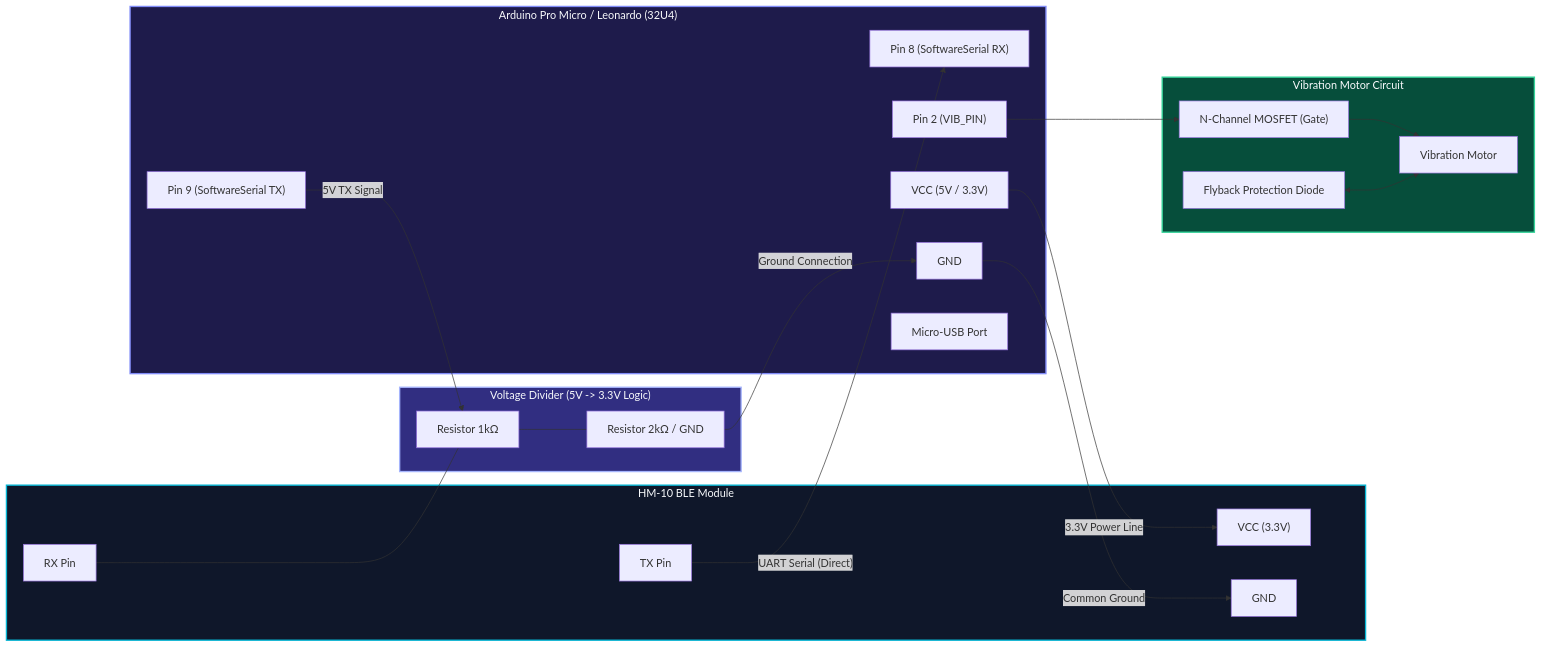
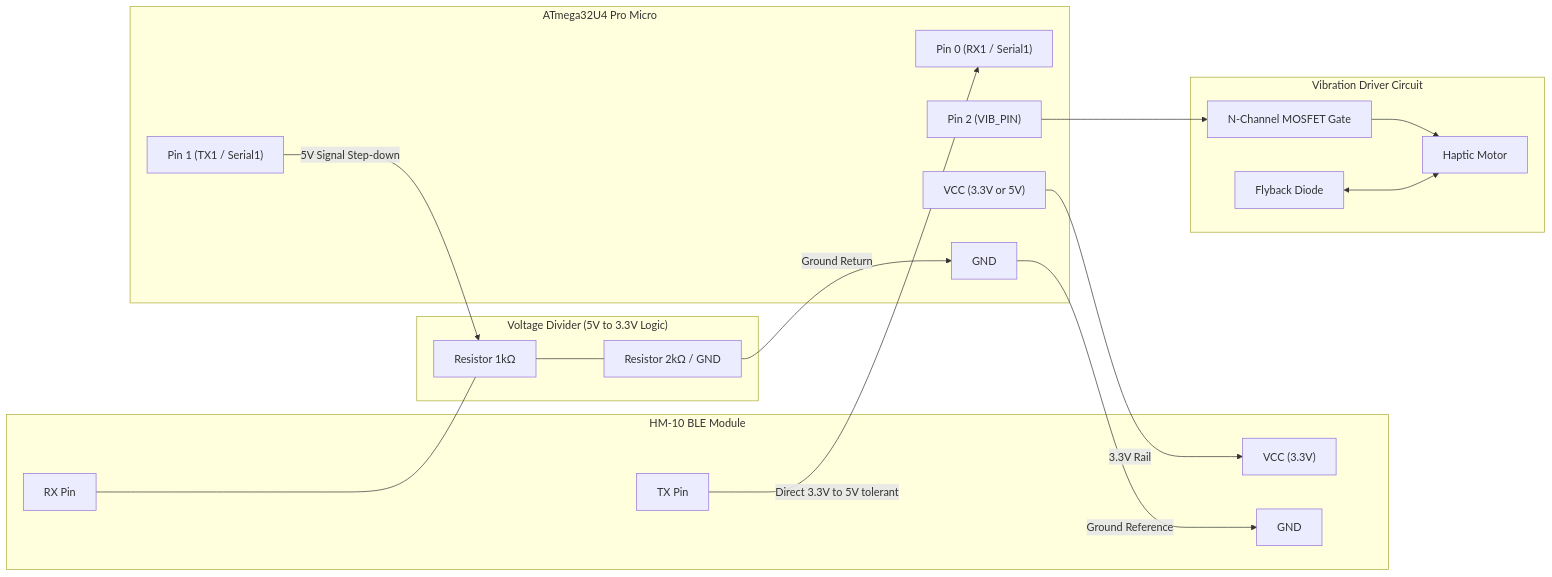
Before and after one commit to AtaCanYmc/RubberOtter: the second of 2 diagrams in firmware/README.md, drawn with Mermaid. The commit also changed other lines of this file and 10 other files, not shown here.

````diff
--- a/firmware/README.md
+++ b/firmware/README.md
@@ -93,45 +74,39 @@
 ```mermaid
-graph LR
+flowchart LR
     subgraph HM10["HM-10 BLE Module"]
         HM_TX["TX Pin"]
         HM_RX["RX Pin"]
         HM_VCC["VCC (3.3V)"]
         HM_GND["GND"]
     end
 
-    subgraph Divider["Voltage Divider (5V -> 3.3V Logic)"]
+    subgraph Divider["Voltage Divider (5V to 3.3V Logic)"]
         R1["Resistor 1kΩ"]
         R2["Resistor 2kΩ / GND"]
         HM_RX <--- R1
         R1 <--- R2
     end
 
-    subgraph Micro["Arduino Pro Micro / Leonardo (32U4)"]
-        ARD_RX["Pin 8 (SoftwareSerial RX)"]
-        ARD_TX["Pin 9 (SoftwareSerial TX)"]
-        ARD_VCC["VCC (5V / 3.3V)"]
+    subgraph Micro["ATmega32U4 Pro Micro"]
+        ARD_RX["Pin 0 (RX1 / Serial1)"]
+        ARD_TX["Pin 1 (TX1 / Serial1)"]
+        ARD_VCC["VCC (3.3V or 5V)"]
         ARD_GND["GND"]
         ARD_VIB["Pin 2 (VIB_PIN)"]
-        ARD_USB["Micro-USB Port"]
     end
 
-    subgraph Motor["Vibration Motor Circuit"]
-        MOSFET["N-Channel MOSFET (Gate)"]
-        DIODE["Flyback Protection Diode"]
-        VIB_MOTOR["Vibration Motor"]
+    subgraph Motor["Vibration Driver Circuit"]
+        MOSFET["N-Channel MOSFET Gate"]
+        DIODE["Flyback Diode"]
+        VIB_MOTOR["Haptic Motor"]
         ARD_VIB --> MOSFET
         MOSFET --> VIB_MOTOR
         DIODE <--> VIB_MOTOR
     end
 
-    HM_TX -->|"UART Serial (Direct)"| ARD_RX
-    ARD_TX -->|"5V TX Signal"| R1
-    ARD_VCC -->|"3.3V Power Line"| HM_VCC
-    ARD_GND -->|"Common Ground"| HM_GND
-    R2 -->|"Ground Connection"| ARD_GND
-
-    style HM10 fill:#0f172a,stroke:#06b6d4,stroke-width:2px,color:#f8fafc
-    style Divider fill:#312e81,stroke:#a5b4fc,stroke-width:2px,color:#f8fafc
-    style Micro fill:#1e1b4b,stroke:#818cf8,stroke-width:2px,color:#f8fafc
-    style Motor fill:#064e3b,stroke:#34d399,stroke-width:2px,color:#f8fafc
+    HM_TX -->|"Direct 3.3V to 5V tolerant"| ARD_RX
+    ARD_TX -->|"5V Signal Step-down"| R1
+    ARD_VCC -->|"3.3V Rail"| HM_VCC
+    ARD_GND -->|"Ground Reference"| HM_GND
+    R2 -->|"Ground Return"| ARD_GND
 ```
````
